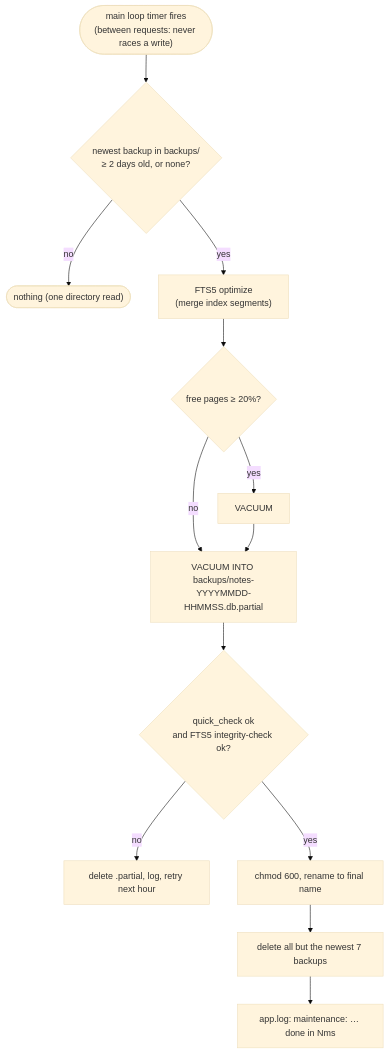
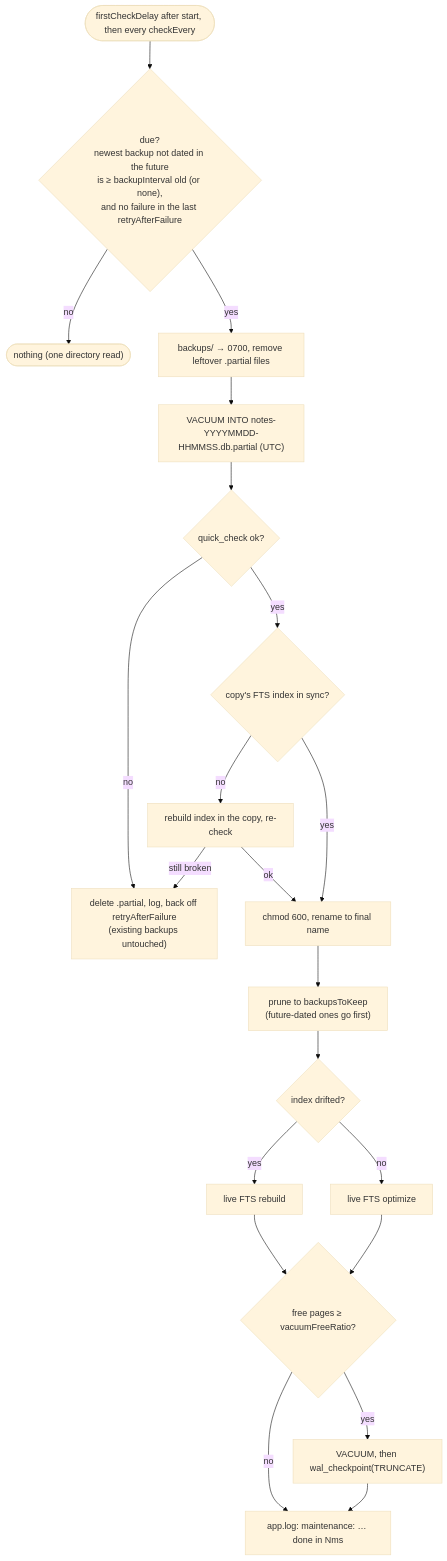
The eighth of 12 diagrams in DATA_FLOW.md (Rishabh-Hupr/note-taking), drawn with Mermaid (base theme) before and after one commit. The commit also changed other lines of this file and 4 other files, not shown here.

````diff
--- a/DATA_FLOW.md
+++ b/DATA_FLOW.md
@@ -237,15 +237,22 @@
 ```mermaid
 flowchart TD
-    tick(["main loop timer fires<br/>(between requests: never races a write)"]) --> due{"newest backup in backups/<br/>≥ 2 days old, or none?"}
-    due -->|no| done(["nothing (one directory read)"])
-    due -->|yes| opt["FTS5 optimize<br/>(merge index segments)"]
-    opt --> frag{"free pages ≥ 20%?"}
-    frag -->|yes| vac["VACUUM"]
-    frag -->|no| bk
-    vac --> bk["VACUUM INTO backups/notes-YYYYMMDD-HHMMSS.db.partial"]
-    bk --> check{"quick_check ok<br/>and FTS5 integrity-check ok?"}
-    check -->|no| drop["delete .partial, log, retry next hour"]
-    check -->|yes| keep["chmod 600, rename to final name"]
-    keep --> prune["delete all but the newest 7 backups"]
-    prune --> log["app.log: maintenance: … done in Nms"]
+    tick(["firstCheckDelay after start, then every checkEvery"]) --> due{"due?<br/>newest backup not dated in the future<br/>is ≥ backupInterval old (or none),<br/>and no failure in the last retryAfterFailure"}
+    due -->|no| idle(["nothing (one directory read)"])
+    due -->|yes| prep["backups/ → 0700, remove leftover .partial files"]
+    prep --> bk["VACUUM INTO notes-YYYYMMDD-HHMMSS.db.partial (UTC)"]
+    bk --> qc{"quick_check ok?"}
+    qc -->|no| fail["delete .partial, log, back off retryAfterFailure<br/>(existing backups untouched)"]
+    qc -->|yes| fts{"copy's FTS index in sync?"}
+    fts -->|no| fix["rebuild index in the copy, re-check"]
+    fix -->|still broken| fail
+    fix -->|ok| keep
+    fts -->|yes| keep["chmod 600, rename to final name"]
+    keep --> prune["prune to backupsToKeep<br/>(future-dated ones go first)"]
+    prune --> live{"index drifted?"}
+    live -->|yes| rebuild["live FTS rebuild"]
+    live -->|no| opt["live FTS optimize"]
+    rebuild & opt --> frag{"free pages ≥ vacuumFreeRatio?"}
+    frag -->|yes| vac["VACUUM, then wal_checkpoint(TRUNCATE)"]
+    frag -->|no| log
+    vac --> log["app.log: maintenance: … done in Nms"]
 ```
````
